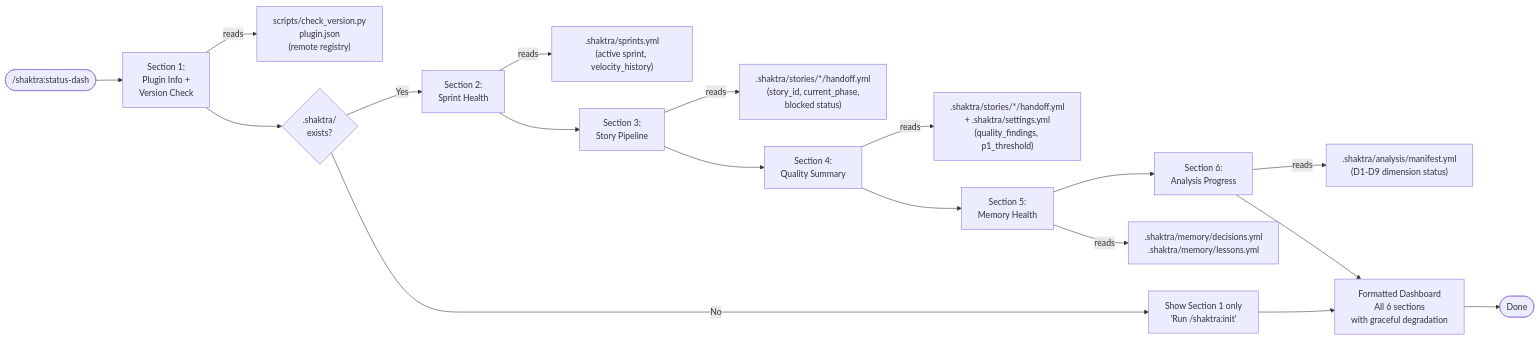
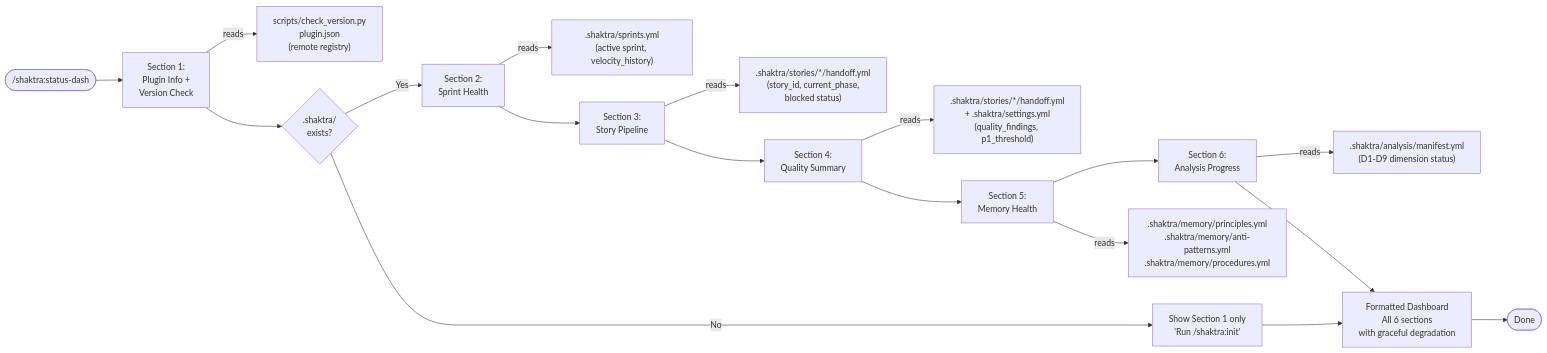
The diagram in shaktra/diagrams/27-status-dashboard-data-flow.md (im-shashanks/claude-skills), drawn with Mermaid before and after one commit. The commit also changed 83 other files, not shown here.

````diff
--- a/shaktra/diagrams/27-status-dashboard-data-flow.md
+++ b/shaktra/diagrams/27-status-dashboard-data-flow.md
@@ -5,29 +5,29 @@
 ```mermaid
 flowchart LR
     Invoke(["/shaktra:status-dash"]) --> S1
 
     S1["Section 1:\nPlugin Info +\nVersion Check"] -->|reads| S1src["scripts/check_version.py\nplugin.json\n(remote registry)"]
 
     S1 --> ShaktraCheck{".shaktra/\nexists?"}
 
     ShaktraCheck -->|No| ShaktraSkip["Show Section 1 only\n'Run /shaktra:init'"]
     ShaktraCheck -->|Yes| S2
 
     S2["Section 2:\nSprint Health"] -->|reads| S2src[".shaktra/sprints.yml\n(active sprint, velocity_history)"]
 
     S2 --> S3
     S3["Section 3:\nStory Pipeline"] -->|reads| S3src[".shaktra/stories/*/handoff.yml\n(story_id, current_phase,\nblocked status)"]
 
     S3 --> S4
     S4["Section 4:\nQuality Summary"] -->|reads| S4src[".shaktra/stories/*/handoff.yml\n+ .shaktra/settings.yml\n(quality_findings, p1_threshold)"]
 
     S4 --> S5
-    S5["Section 5:\nMemory Health"] -->|reads| S5src[".shaktra/memory/decisions.yml\n.shaktra/memory/lessons.yml"]
+    S5["Section 5:\nMemory Health"] -->|reads| S5src[".shaktra/memory/principles.yml\n.shaktra/memory/anti-patterns.yml\n.shaktra/memory/procedures.yml"]
 
     S5 --> S6
     S6["Section 6:\nAnalysis Progress"] -->|reads| S6src[".shaktra/analysis/manifest.yml\n(D1-D9 dimension status)"]
 
     S6 --> Report["Formatted Dashboard\nAll 6 sections\nwith graceful degradation"]
     ShaktraSkip --> Report
     Report --> Done([Done])
 ```
````
